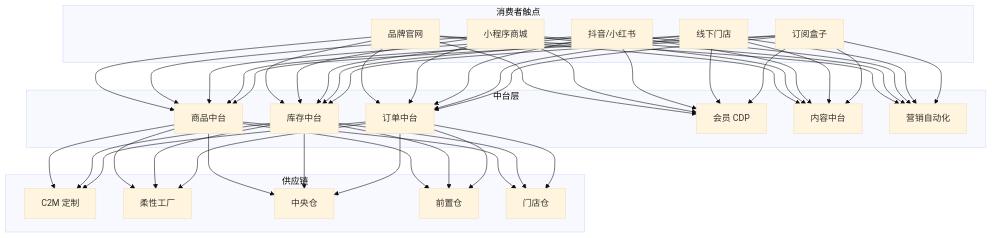
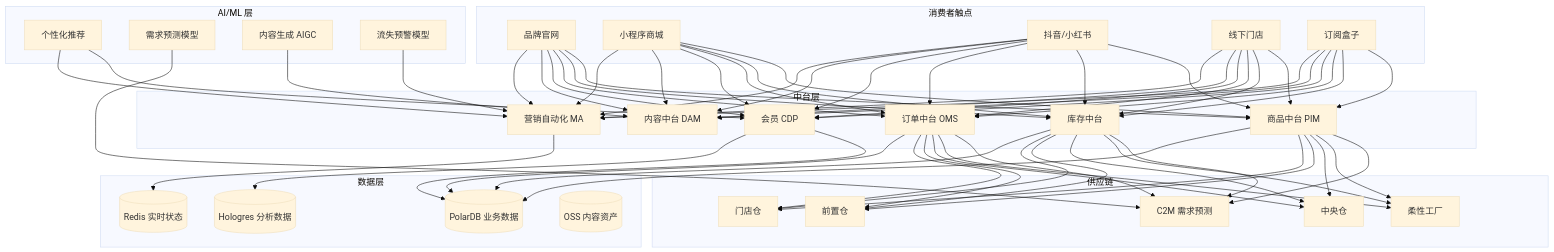
The first of 2 diagrams in topic-application-architecture/53-new-retail-dtc.md (kudig-io/kudig-database), drawn with Mermaid (base theme) before and after one commit. The commit also changed other lines of this file and 8633 other files, not shown here.

````diff
--- a/topic-application-architecture/53-new-retail-dtc.md
+++ b/topic-application-architecture/53-new-retail-dtc.md
@@ -49,30 +131,51 @@
 ```mermaid
 graph TB
-    subgraph 消费者触点
+    subgraph Touchpoints["消费者触点"]
         C1[品牌官网]
         C2[小程序商城]
         C3[抖音/小红书]
         C4[线下门店]
         C5[订阅盒子]
     end
 
-    subgraph 中台层
-        M1[商品中台]
+    subgraph MiddlePlatform["中台层"]
+        M1[商品中台 PIM]
         M2[库存中台]
-        M3[订单中台]
+        M3[订单中台 OMS]
         M4[会员 CDP]
-        M5[内容中台]
-        M6[营销自动化]
+        M5[内容中台 DAM]
+        M6[营销自动化 MA]
     end
 
-    subgraph 供应链
-        S1[C2M 定制]
+    subgraph SupplyChain["供应链"]
+        S1[C2M 需求预测]
         S2[柔性工厂]
         S3[中央仓]
         S4[前置仓]
         S5[门店仓]
     end
 
+    subgraph AILayer["AI/ML 层"]
+        AI1[个性化推荐]
+        AI2[需求预测模型]
+        AI3[内容生成 AIGC]
+        AI4[流失预警模型]
+    end
+
+    subgraph DataLayer["数据层"]
+        DL1[(PolarDB 业务数据)]
+        DL2[(Hologres 分析数据)]
+        DL3[(Redis 实时状态)]
+        DL4[(OSS 内容资产)]
+    end
+
     C1 & C2 & C3 & C4 & C5 --> M1 & M2 & M3 & M4 & M5 & M6
     M1 & M2 & M3 --> S1 & S2 & S3 & S4 & S5
+    AI1 --> M4 & M6
+    AI2 --> S1
+    AI3 --> M5
+    AI4 --> M6
+    M1 & M2 & M3 & M4 --> DL1
+    M4 --> DL2
+    M6 --> DL3
 ```
````
